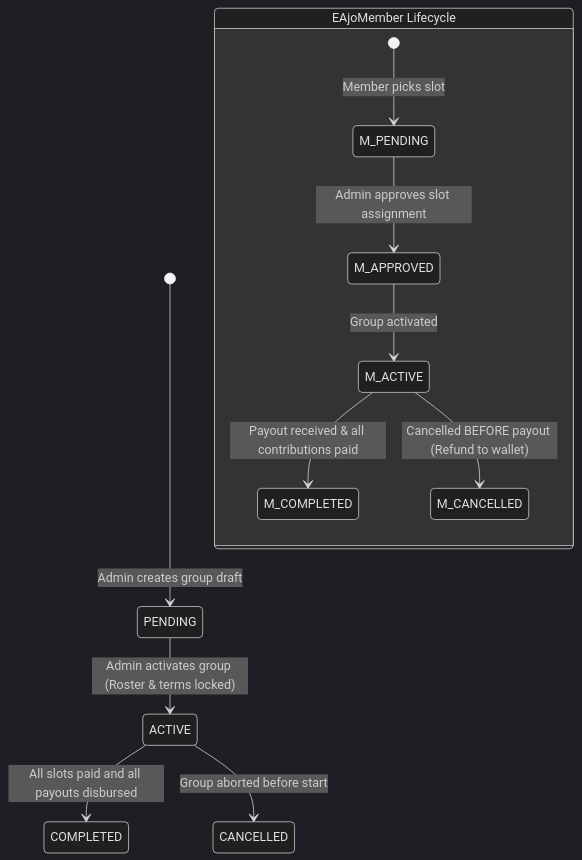
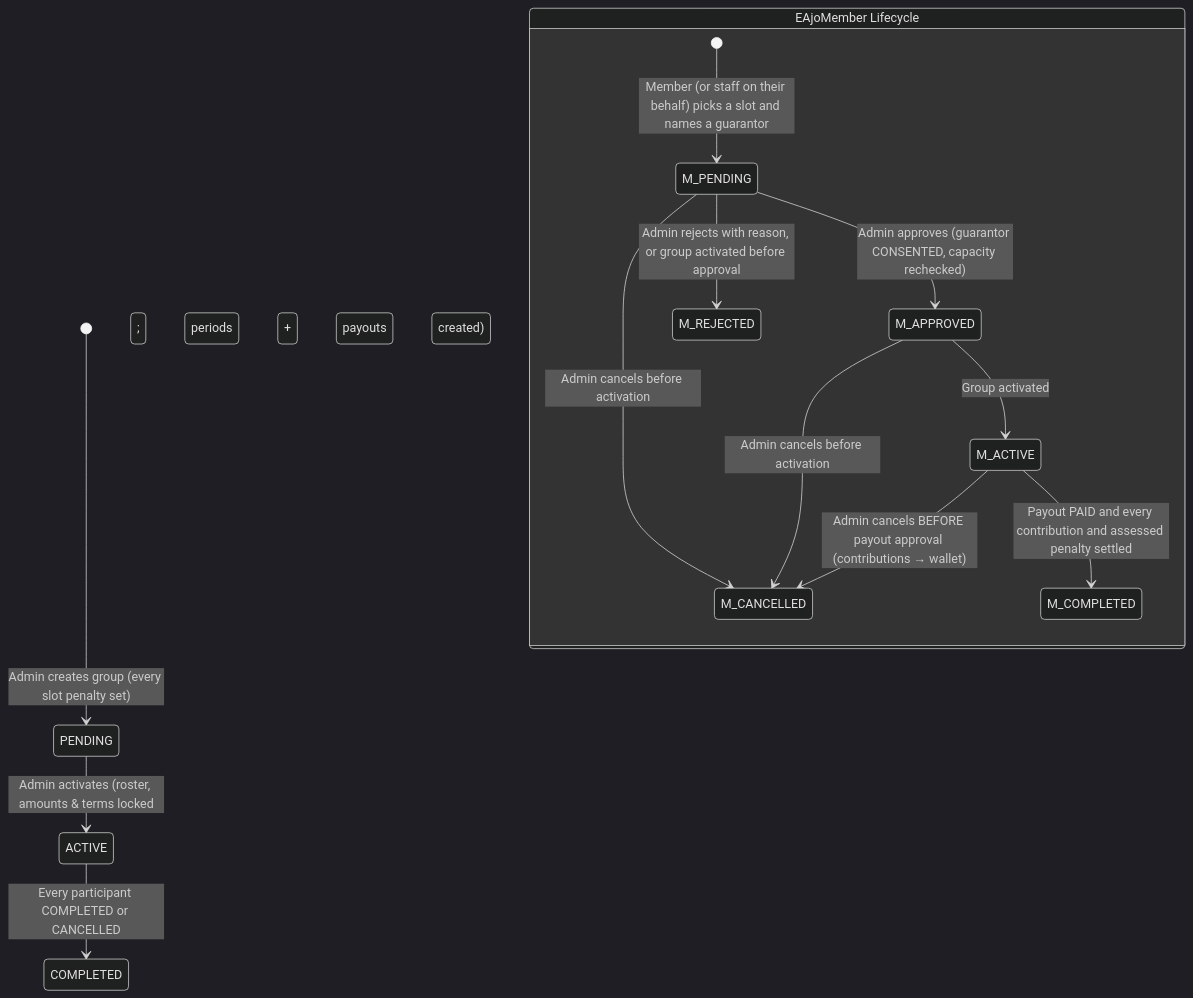
One commit to crystal-kairos/crystal-kairos changed the ninth of 12 diagrams in docs/decisions/state-machines.md. Above: the diagram before and after it, drawn with Mermaid (dark theme). The commit also changed other lines of this file and 12 other files, not shown here.

First line of the commit message:
feat(p3-05): e-ajo member and admin UI, decision docs and hand-over notes

````diff
--- a/docs/decisions/state-machines.md
+++ b/docs/decisions/state-machines.md
@@ -242,15 +242,17 @@
 ```mermaid
 stateDiagram-v2
-    [*] --> PENDING: Admin creates group draft
-    PENDING --> ACTIVE: Admin activates group (Roster & terms locked)
-    ACTIVE --> COMPLETED: All slots paid and all payouts disbursed
-    ACTIVE --> CANCELLED: Group aborted before start
+    [*] --> PENDING: Admin creates group (every slot penalty set)
+    PENDING --> ACTIVE: Admin activates (roster, amounts & terms locked; periods + payouts created)
+    ACTIVE --> COMPLETED: Every participant COMPLETED or CANCELLED
 
     state "EAjoMember Lifecycle" as MemberState {
-        [*] --> M_PENDING: Member picks slot
-        M_PENDING --> M_APPROVED: Admin approves slot assignment
+        [*] --> M_PENDING: Member (or staff on their behalf) picks a slot and names a guarantor
+        M_PENDING --> M_APPROVED: Admin approves (guarantor CONSENTED, capacity rechecked)
+        M_PENDING --> M_REJECTED: Admin rejects with reason, or group activated before approval
+        M_PENDING --> M_CANCELLED: Admin cancels before activation
         M_APPROVED --> M_ACTIVE: Group activated
-        M_ACTIVE --> M_COMPLETED: Payout received & all contributions paid
-        M_ACTIVE --> M_CANCELLED: Cancelled BEFORE payout (Refund to wallet)
+        M_APPROVED --> M_CANCELLED: Admin cancels before activation
+        M_ACTIVE --> M_CANCELLED: Admin cancels BEFORE payout approval (contributions → wallet)
+        M_ACTIVE --> M_COMPLETED: Payout PAID and every contribution and assessed penalty settled
     }
 ```
````
